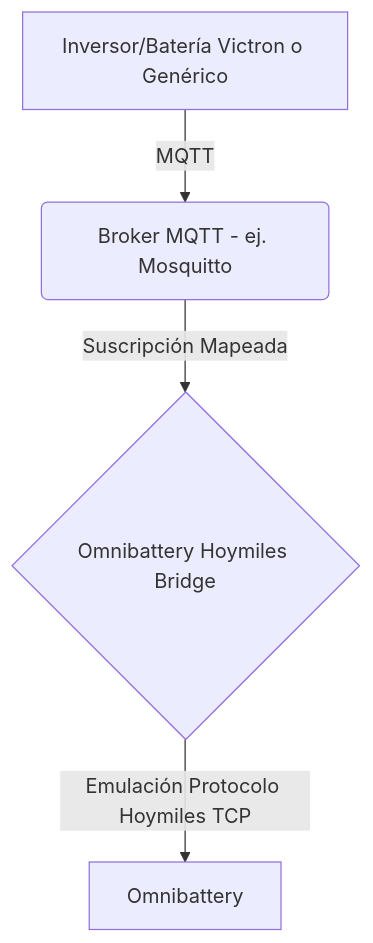
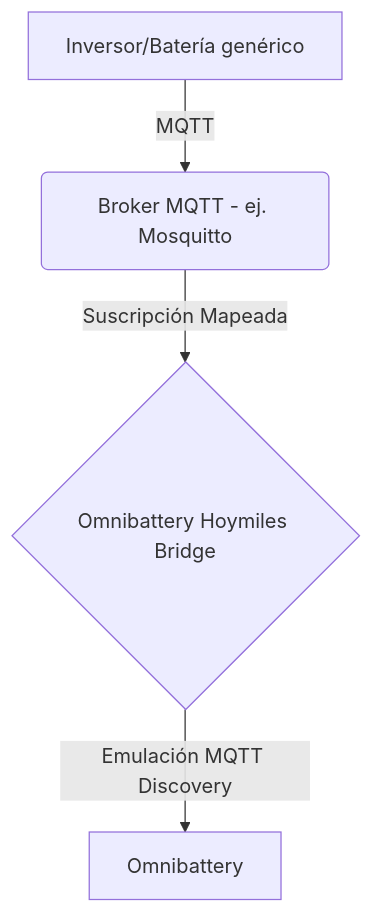
Before and after one commit to AbuAwn/omnibattery-hoymiles-bridge: the diagram in README.md, drawn with Mermaid. The commit also changed other lines of this file and 2 other files, not shown here.

Commit message:
Update defaults and docs for Hoymiles architecture

````diff
--- a/README.md
+++ b/README.md
@@ -14,6 +14,6 @@
 ```mermaid
 graph TD
-    A[Inversor/Batería Victron o Genérico] -->|MQTT| B(Broker MQTT - ej. Mosquitto)
+    A[Inversor/Batería genérico] -->|MQTT| B(Broker MQTT - ej. Mosquitto)
     B -->|Suscripción Mapeada| C{Omnibattery Hoymiles Bridge}
-    C -->|Emulación Protocolo Hoymiles TCP| D[Omnibattery]
+    C -->|Emulación MQTT Discovery| D[Omnibattery]
 ```
````
